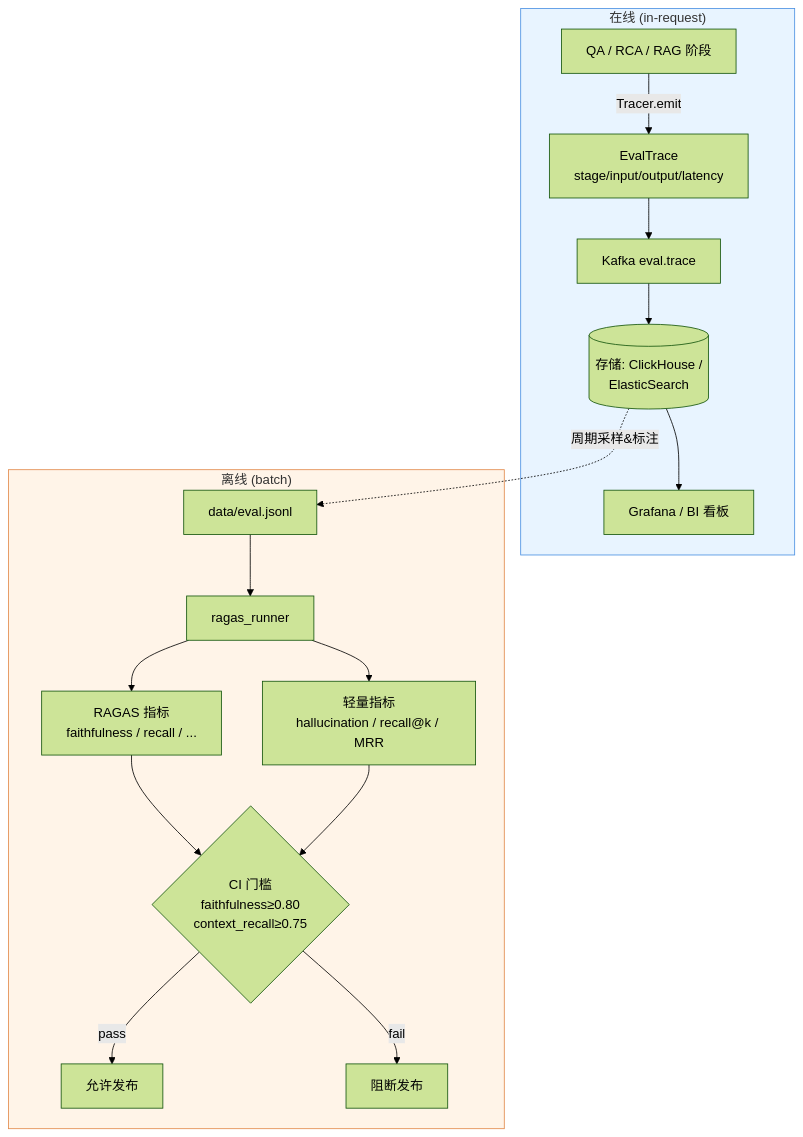
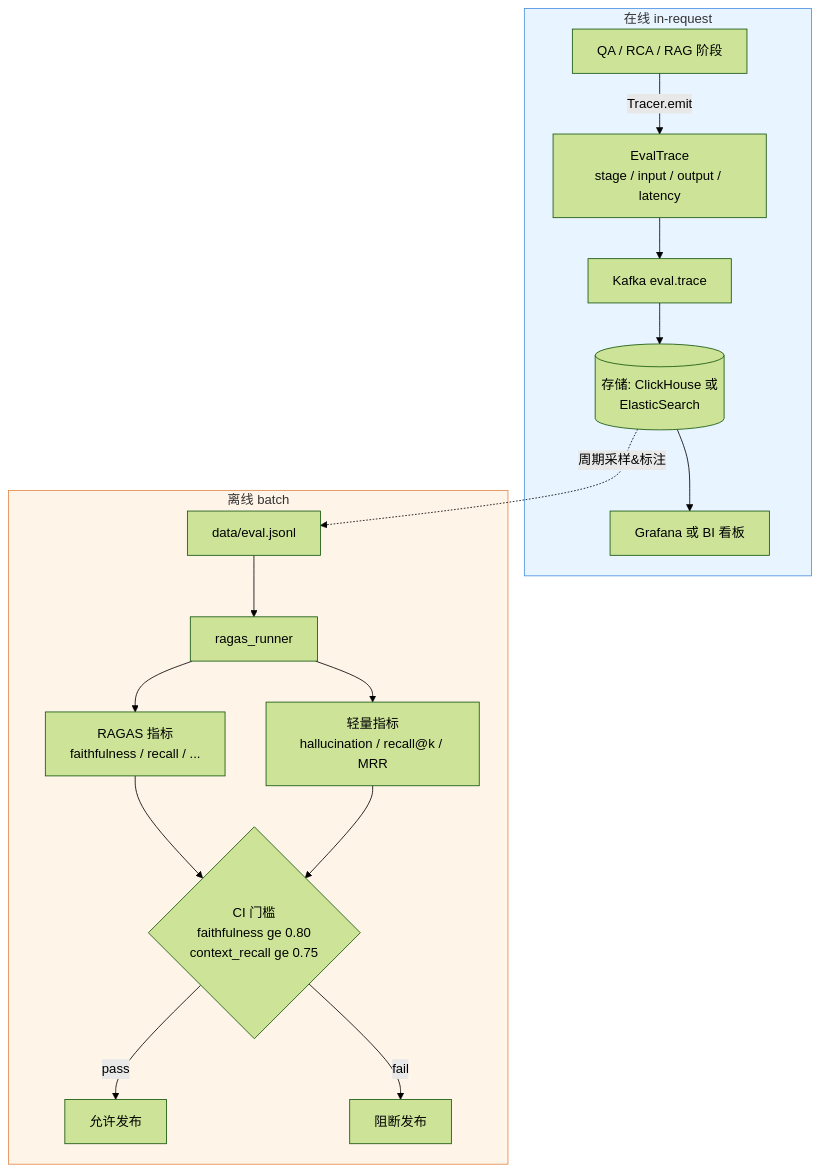
Before and after one commit to AlisLi/AIOps-Agent: diagram 11 of 11 in SYSTEM_DESIGN.md, drawn with Mermaid (forest theme). The commit also changed other lines of this file, not shown here.

````diff
--- a/SYSTEM_DESIGN.md
+++ b/SYSTEM_DESIGN.md
@@ -424,21 +424,21 @@
 ```mermaid
 flowchart TD
-    subgraph Online["在线 (in-request)"]
-      Q[QA / RCA / RAG 阶段] -->|Tracer.emit| T[EvalTrace<br/>stage/input/output/latency]
-      T --> K[Kafka eval.trace]
-      K --> ST[(存储: ClickHouse /<br/>ElasticSearch)]
-      ST --> DASH[Grafana / BI 看板]
+    subgraph Online["在线 in-request"]
+      Q["QA / RCA / RAG 阶段"] -->|"Tracer.emit"| T["EvalTrace<br/>stage / input / output / latency"]
+      T --> K["Kafka eval.trace"]
+      K --> ST[("存储: ClickHouse 或<br/>ElasticSearch")]
+      ST --> DASH["Grafana 或 BI 看板"]
     end
-    subgraph Offline["离线 (batch)"]
-      DS[data/eval.jsonl] --> RUN[ragas_runner]
-      RUN --> RAGAS[RAGAS 指标<br/>faithfulness / recall / ...]
-      RUN --> LITE[轻量指标<br/>hallucination / recall@k / MRR]
-      RAGAS --> GATE{CI 门槛<br/>faithfulness≥0.80<br/>context_recall≥0.75}
+    subgraph Offline["离线 batch"]
+      DS["data/eval.jsonl"] --> RUN["ragas_runner"]
+      RUN --> RAGAS["RAGAS 指标<br/>faithfulness / recall / ..."]
+      RUN --> LITE["轻量指标<br/>hallucination / recall@k / MRR"]
+      RAGAS --> GATE{"CI 门槛<br/>faithfulness ge 0.80<br/>context_recall ge 0.75"}
       LITE --> GATE
-      GATE -->|pass| REL[允许发布]
-      GATE -->|fail| BLK[阻断发布]
+      GATE -->|"pass"| REL["允许发布"]
+      GATE -->|"fail"| BLK["阻断发布"]
     end
-    ST -. 周期采样&标注 .-> DS
+    ST -. "周期采样&标注" .-> DS
     style Online fill:#e8f4ff,stroke:#4a90e2
     style Offline fill:#fff4e8,stroke:#e2894a
 ```
````
